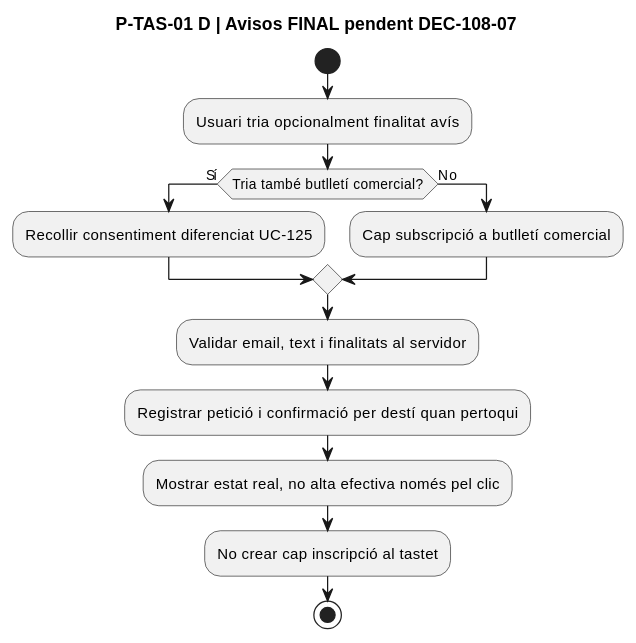
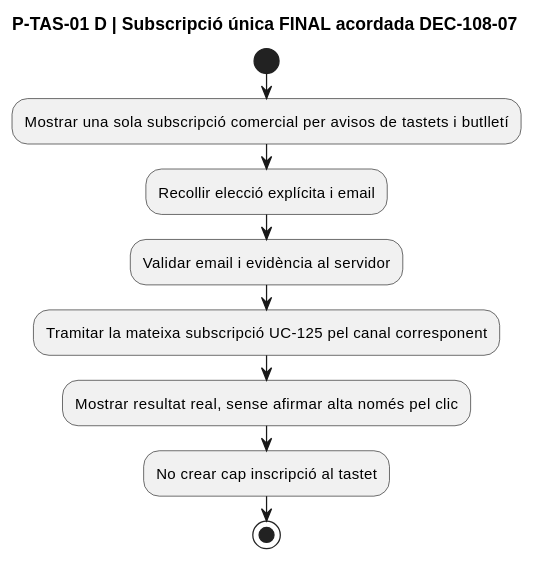
The eighth of 32 diagrams in documentacio/07-uml-integrat/uc-108-activitats-pagines-tastets-actual-final.md (orgmeriemprismacat-del/verifactu), drawn with PlantUML before and after one commit. The commit also changed other lines of this file and 17 other files, not shown here.

````diff
--- a/documentacio/07-uml-integrat/uc-108-activitats-pagines-tastets-actual-final.md
+++ b/documentacio/07-uml-integrat/uc-108-activitats-pagines-tastets-actual-final.md
@@ -168,17 +174,13 @@
 ```plantuml
 @startuml
-title P-TAS-01 D | Avisos FINAL pendent DEC-108-07
+title P-TAS-01 D | Subscripció única FINAL acordada DEC-108-07
 start
-:Usuari tria opcionalment finalitat avís;
-if (Tria també butlletí comercial?) then (Sí)
-  :Recollir consentiment diferenciat UC-125;
-else (No)
-  :Cap subscripció a butlletí comercial;
-endif
-:Validar email, text i finalitats al servidor;
-:Registrar petició i confirmació per destí quan pertoqui;
-:Mostrar estat real, no alta efectiva només pel clic;
+:Mostrar una sola subscripció comercial per avisos de tastets i butlletí;
+:Recollir elecció explícita i email;
+:Validar email i evidència al servidor;
+:Tramitar la mateixa subscripció UC-125 pel canal corresponent;
+:Mostrar resultat real, sense afirmar alta només pel clic;
 :No crear cap inscripció al tastet;
 stop
 @enduml
 ```
````
